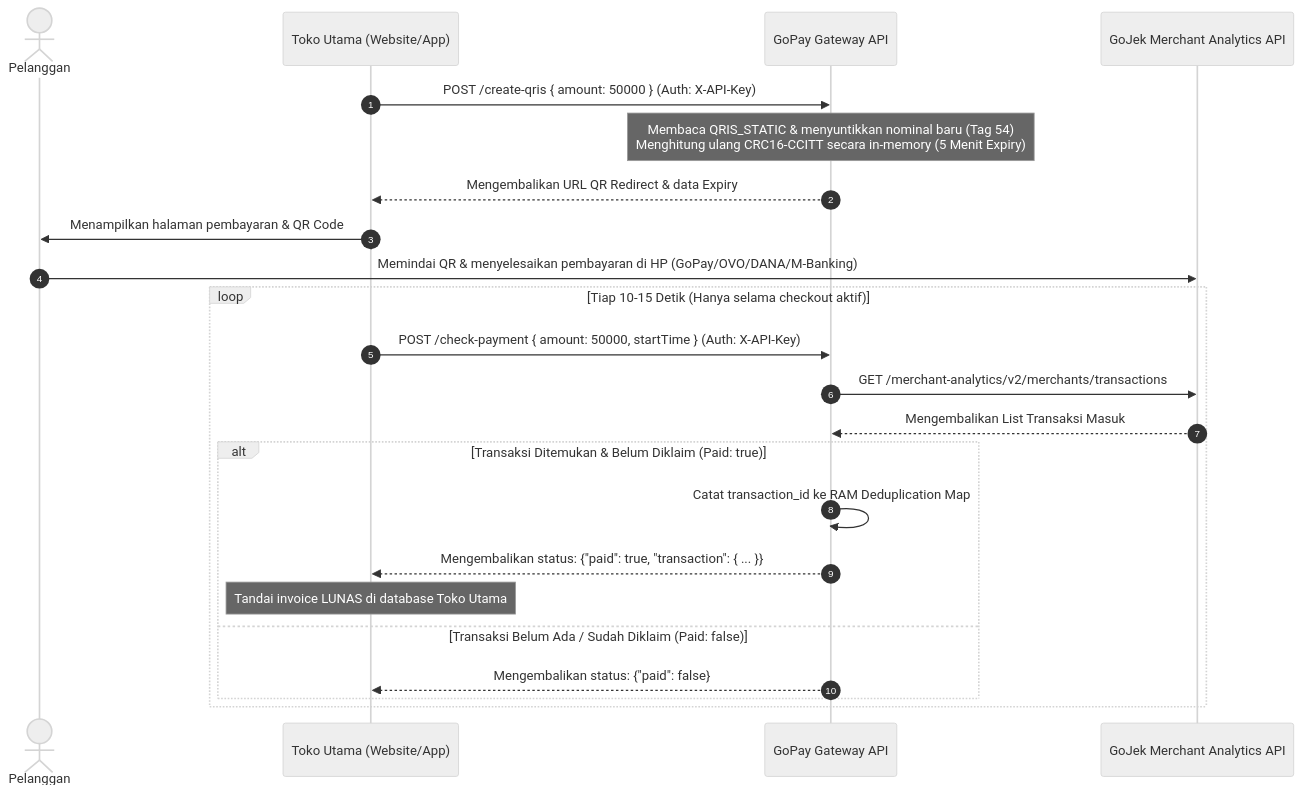
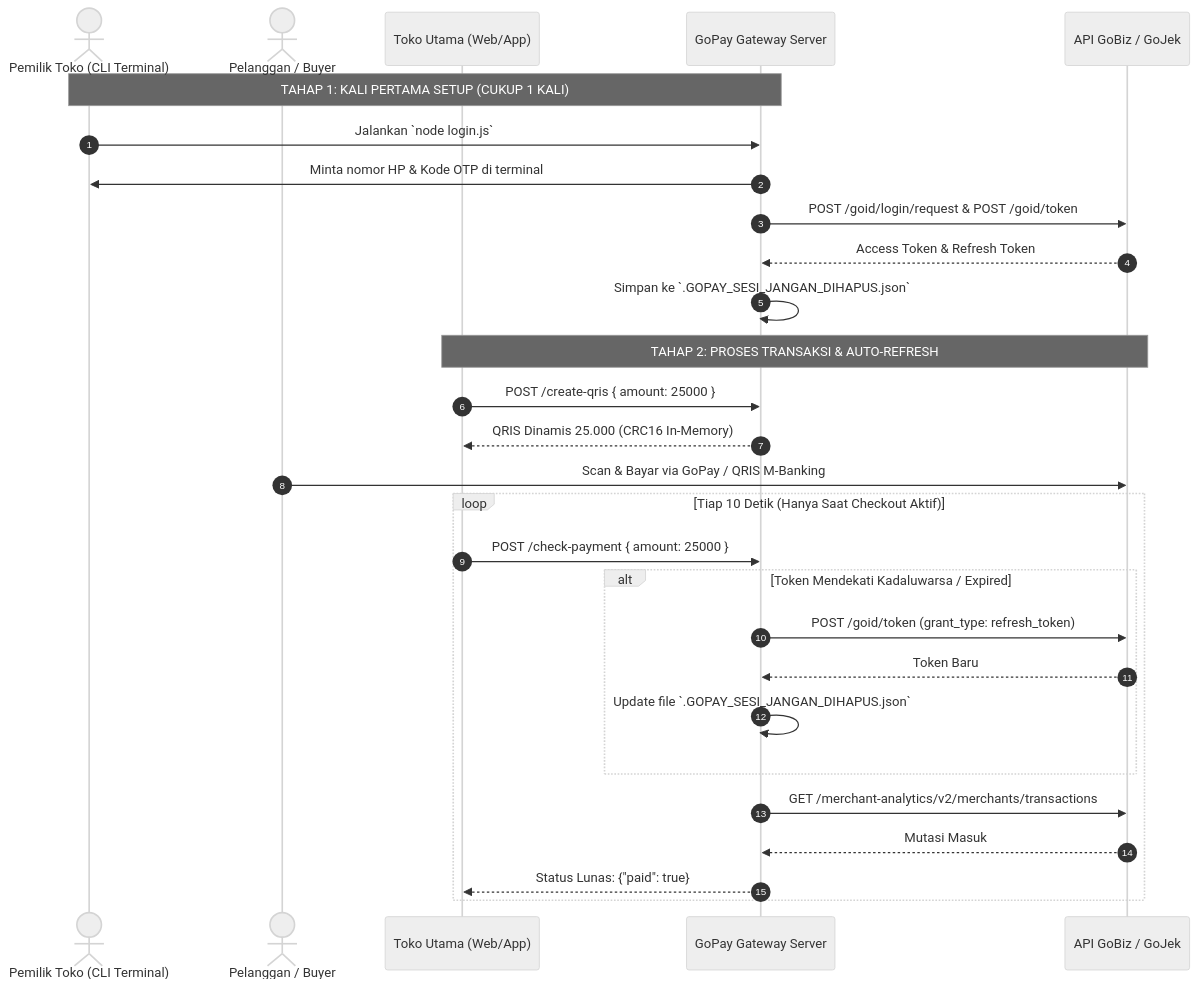
Before and after one commit to cingkrong/bionpay: the diagram in README.md, drawn with Mermaid (neutral theme). The commit also changed other lines of this file, not shown here.

````diff
--- a/README.md
+++ b/README.md
@@ -29,27 +39,33 @@
 ```mermaid
 sequenceDiagram
     autonumber
-    actor Pelanggan
-    participant Toko as Toko Utama (Website/App)
-    participant Gateway as GoPay Gateway API
-    participant GoJek as GoJek Merchant Analytics API
+    actor Merchant as Pemilik Toko (CLI Terminal)
+    actor Pelanggan as Pelanggan / Buyer
+    participant Toko as Toko Utama (Web/App)
+    participant Gateway as GoPay Gateway Server
+    participant GoBiz as API GoBiz / GoJek
 
-    Toko->>Gateway: POST /create-qris { amount: 50000 } (Auth: X-API-Key)
-    Note over Gateway: Membaca QRIS_STATIC & menyuntikkan nominal baru (Tag 54)<br/>Menghitung ulang CRC16-CCITT secara in-memory (5 Menit Expiry)
-    Gateway-->>Toko: Mengembalikan URL QR Redirect & data Expiry
-    Toko->>Pelanggan: Menampilkan halaman pembayaran & QR Code
-    Pelanggan->>GoJek: Memindai QR & menyelesaikan pembayaran di HP (GoPay/OVO/DANA/M-Banking)
+    Note over Merchant, Gateway: TAHAP 1: KALI PERTAMA SETUP (CUKUP 1 KALI)
+    Merchant->>Gateway: Jalankan `node login.js`
+    Gateway->>Merchant: Minta nomor HP & Kode OTP di terminal
+    Gateway->>GoBiz: POST /goid/login/request & POST /goid/token
+    GoBiz-->>Gateway: Access Token & Refresh Token
+    Gateway->>Gateway: Simpan ke `.GOPAY_SESI_JANGAN_DIHAPUS.json`
 
-    loop Tiap 10-15 Detik (Hanya selama checkout aktif)
-        Toko->>Gateway: POST /check-payment { amount: 50000, startTime } (Auth: X-API-Key)
-        Gateway->>GoJek: GET /merchant-analytics/v2/merchants/transactions
-        GoJek-->>Gateway: Mengembalikan List Transaksi Masuk
-        alt Transaksi Ditemukan & Belum Diklaim (Paid: true)
-            Gateway->>Gateway: Catat transaction_id ke RAM Deduplication Map
-            Gateway-->>Toko: Mengembalikan status: {"paid": true, "transaction": { ... }}
-            Note over Toko: Tandai invoice LUNAS di database Toko Utama
-        else Transaksi Belum Ada / Sudah Diklaim (Paid: false)
-            Gateway-->>Toko: Mengembalikan status: {"paid": false}
+    Note over Toko, GoBiz: TAHAP 2: PROSES TRANSAKSI & AUTO-REFRESH
+    Toko->>Gateway: POST /create-qris { amount: 25000 }
+    Gateway-->>Toko: QRIS Dinamis 25.000 (CRC16 In-Memory)
+    Pelanggan->>GoBiz: Scan & Bayar via GoPay / QRIS M-Banking
+
+    loop Tiap 10 Detik (Hanya Saat Checkout Aktif)
+        Toko->>Gateway: POST /check-payment { amount: 25000 }
+        alt Token Mendekati Kadaluwarsa / Expired
+            Gateway->>GoBiz: POST /goid/token (grant_type: refresh_token)
+            GoBiz-->>Gateway: Token Baru
+            Gateway->>Gateway: Update file `.GOPAY_SESI_JANGAN_DIHAPUS.json`
         end
+        Gateway->>GoBiz: GET /merchant-analytics/v2/merchants/transactions
+        GoBiz-->>Gateway: Mutasi Masuk
+        Gateway-->>Toko: Status Lunas: {"paid": true}
     end
 ```
````
